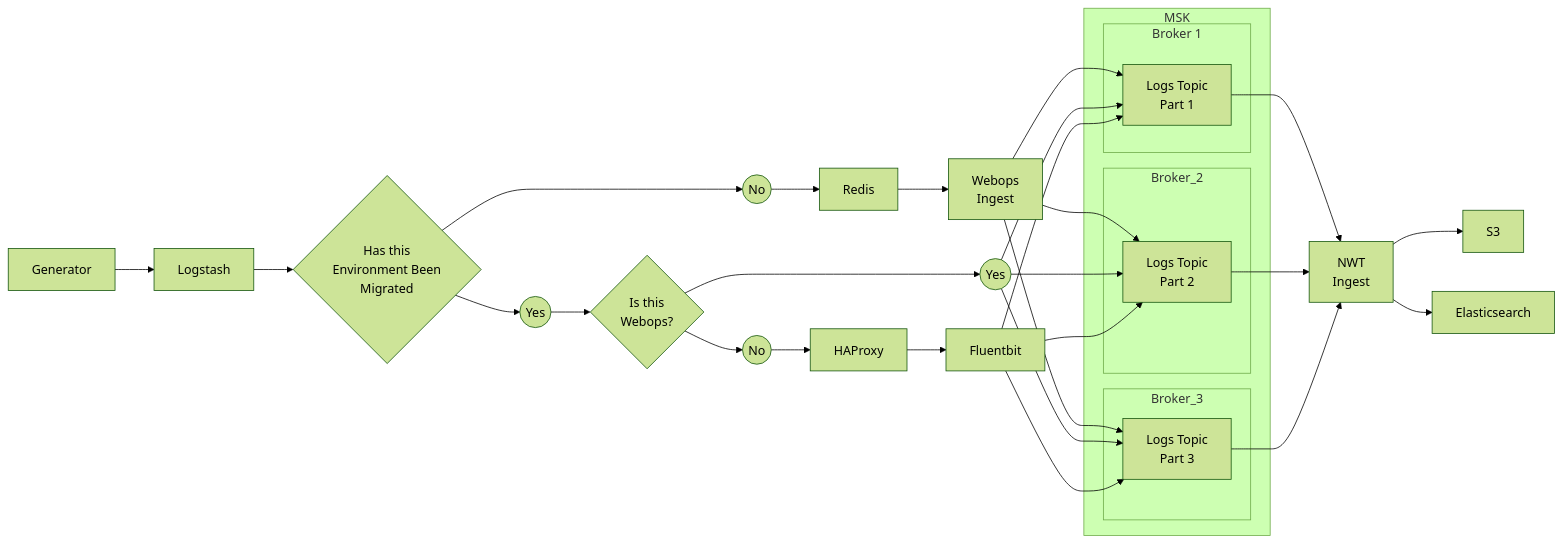
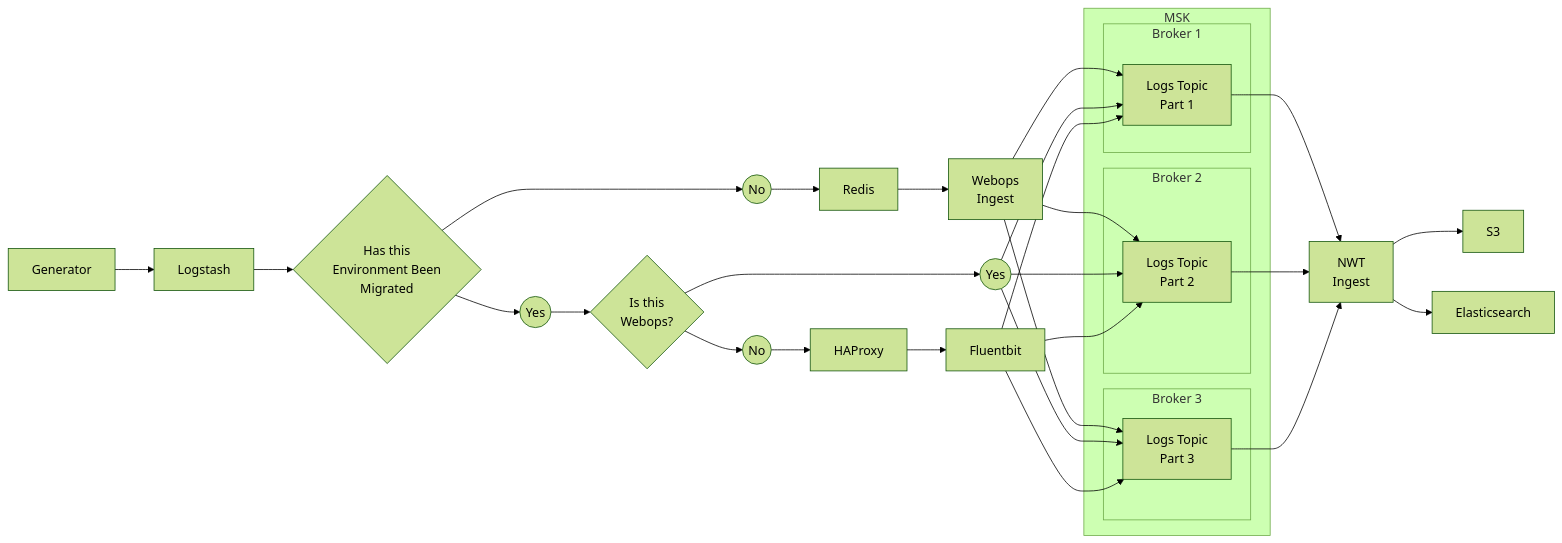
One commit to Saskia-MDTP/can-hedgehogs-fly changed the second of 2 diagrams in README.md. Above: the diagram before and after it, drawn with Mermaid (forest theme).

````diff
--- a/README.md
+++ b/README.md
@@ -15,38 +15,38 @@
 ```mermaid
   graph LR;
       subgraph MSK
           subgraph "Broker 1"
               P1[Logs Topic<br/>Part 1];
            end
-          subgraph Broker_2
+          subgraph "Broker 2"
               P2[Logs Topic<br/>Part 2];
            end
-          subgraph Broker_3
+          subgraph "Broker 3"
               P3[Logs Topic<br/>Part 3];
            end
        end
    Generator-->Logstash;
    Logstash-->Q1{Has this<br/>Environment Been<br/>Migrated};
    Q1-->Y1((Yes));
    Q1-->N1((No));
    N1-->Redis-->I1[Webops<br/>Ingest];
    I1-->P1;
    I1-->P2;
    I1-->P3;
    Y1-->Q2{Is this<br/>Webops?};
    Q2-->Y2((Yes));
    Q2-->N2((No));
    Y2-->P1;
    Y2-->P2;
    Y2-->P3;
    N2-->HAProxy-->Fluentbit;
    Fluentbit-->P1;
    Fluentbit-->P2;
    Fluentbit-->P3;
    I2[NWT<br/>Ingest];
    P1-->I2;
    P2-->I2;
    P3-->I2;
    I2-->S3;
    I2-->Elasticsearch;
 ```
````
